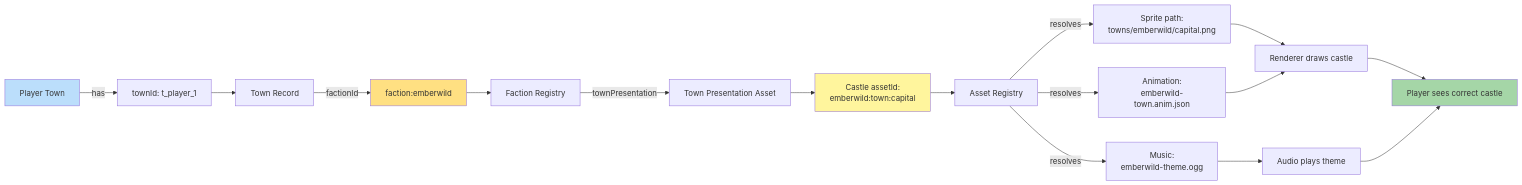
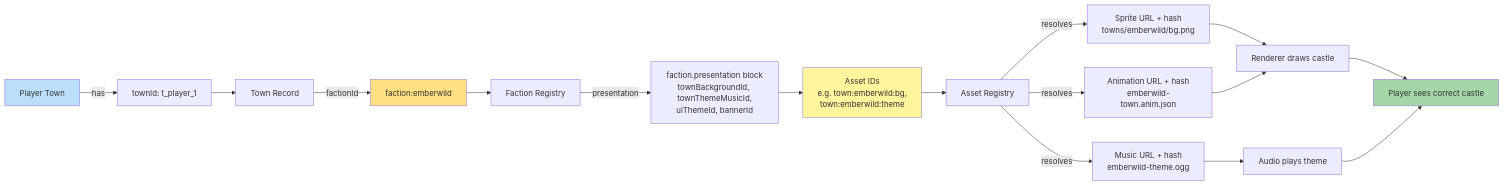
One commit to SunaNoOshiro/Heroes_Reforged_AI_Realms changed the diagram in docs/architecture/diagrams/03-race-castle.md. Above: the diagram before and after it, drawn with Mermaid. The commit also changed other lines of this file and 518 other files, not shown here.

First line of the commit message:
Add doc-audit skill and sweep architecture/screen docs

````diff
--- a/docs/architecture/diagrams/03-race-castle.md
+++ b/docs/architecture/diagrams/03-race-castle.md
@@ -10,22 +27,22 @@
 ```mermaid
 flowchart LR
     A[Player Town] -->|has| B[townId: t_player_1]
     B --> C[Town Record]
     C -->|factionId| D[faction:emberwild]
     D --> E[Faction Registry]
-    E -->|townPresentation| F[Town Presentation Asset]
-    F --> G[Castle assetId:<br/>emberwild:town:capital]
+    E -->|presentation| F[faction.presentation block<br/>townBackgroundId, townThemeMusicId,<br/>uiThemeId, bannerId]
+    F --> G[Asset IDs<br/>e.g. town:emberwild:bg,<br/>town:emberwild:theme]
     G --> H[Asset Registry]
-    H -->|resolves| I[Sprite path:<br/>towns/emberwild/capital.png]
-    H -->|resolves| J[Animation:<br/>emberwild-town.anim.json]
-    H -->|resolves| K[Music:<br/>emberwild-theme.ogg]
+    H -->|resolves| I[Sprite URL + hash<br/>towns/emberwild/bg.png]
+    H -->|resolves| J[Animation URL + hash<br/>emberwild-town.anim.json]
+    H -->|resolves| K[Music URL + hash<br/>emberwild-theme.ogg]
     I --> L[Renderer draws castle]
     J --> L
     K --> M[Audio plays theme]
     L --> N[Player sees correct castle]
     M --> N
     style A fill:#bbdefb
     style D fill:#ffe082
     style G fill:#fff59d
     style N fill:#a5d6a7
 ```
````
